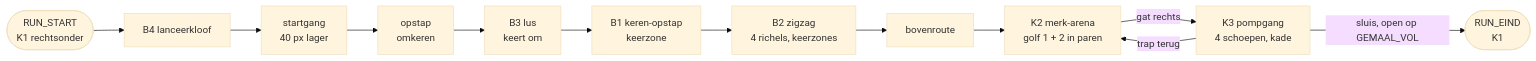
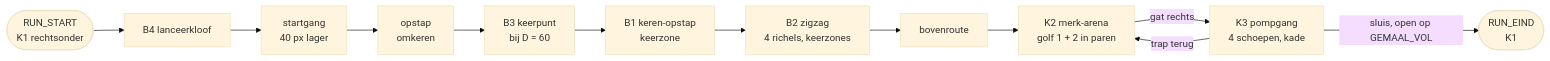
Before and after one commit to cesarvangerwen-glitch/echoborn: the diagram in docs/design/kamers/flowkamer.md, drawn with Mermaid (base theme). The commit also changed other lines of this file and 11 other files, not shown here.

First line of the commit message:
[World & Level Designer] Flow-kamer en bots op D = 60 (#189) (#202)

````diff
--- a/docs/design/kamers/flowkamer.md
+++ b/docs/design/kamers/flowkamer.md
@@ -25,8 +25,8 @@
 ```mermaid
 flowchart LR
-    S([RUN_START<br/>K1 rechtsonder]) --> B4[B4 lanceerkloof] --> G[startgang<br/>40 px lager] --> O[opstap<br/>omkeren] --> B3[B3 lus<br/>keert om] --> B1[B1 keren-opstap<br/>keerzone] --> B2[B2 zigzag<br/>4 richels, keerzones] --> T[bovenroute]
+    S([RUN_START<br/>K1 rechtsonder]) --> B4[B4 lanceerkloof] --> G[startgang<br/>40 px lager] --> O[opstap<br/>omkeren] --> B3[B3 keerpunt<br/>bij D = 60] --> B1[B1 keren-opstap<br/>keerzone] --> B2[B2 zigzag<br/>4 richels, keerzones] --> T[bovenroute]
     T --> K2[K2 merk-arena<br/>golf 1 + 2 in paren]
     K2 -- gat rechts --> K3[K3 pompgang<br/>4 schoepen, kade]
     K3 -- trap terug --> K2
     K3 -- sluis, open op GEMAAL_VOL --> E([RUN_EIND<br/>K1])
 ```
````
